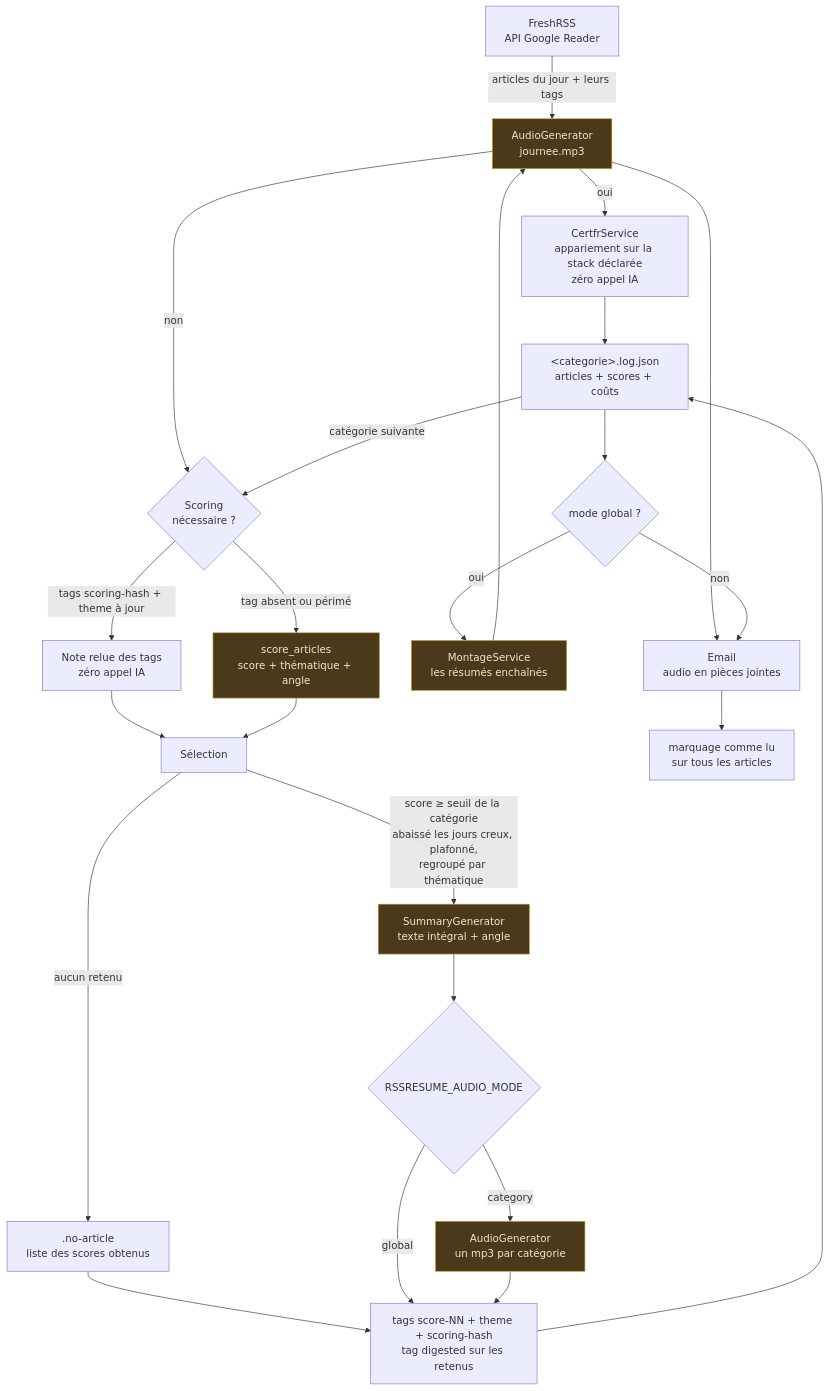
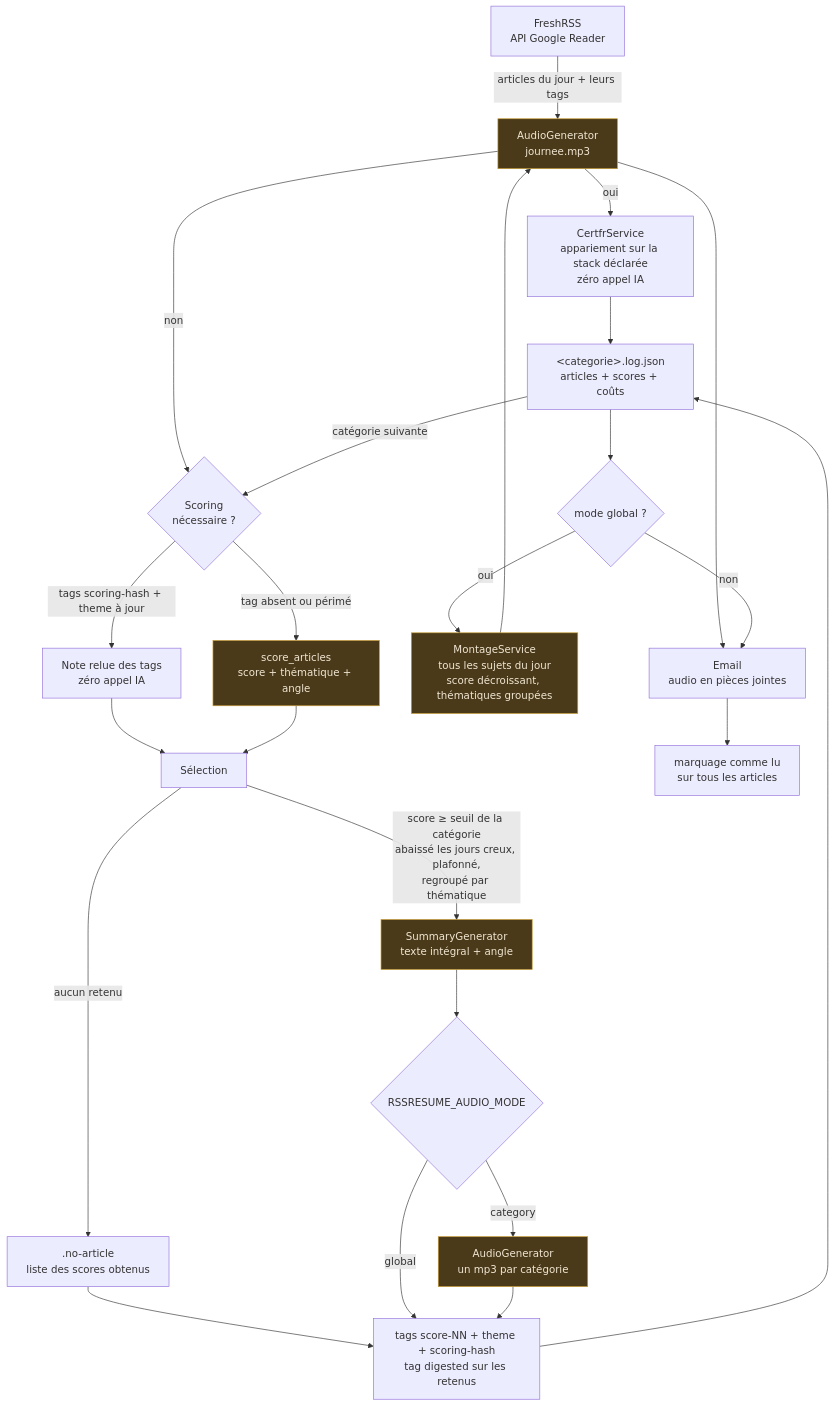
The first of 2 diagrams in FONCTIONNEMENT.md (odrix/RSSResume), drawn with Mermaid before and after one commit. The commit also changed other lines of this file and 12 other files, not shown here.

````diff
--- a/FONCTIONNEMENT.md
+++ b/FONCTIONNEMENT.md
@@ -8,36 +8,36 @@
 ```mermaid
 flowchart TD
     A[FreshRSS<br/>API Google Reader] -->|articles du jour + leurs tags| R{Catégorie routée ?<br/>RSSRESUME_CERTFR_CATEGORIES}
 
     R -->|oui| S["CertfrService<br/>appariement sur la stack déclarée<br/>zéro appel IA"]
     S --> J
     R -->|non| B{Scoring<br/>nécessaire ?}
 
     B -->|tags scoring-hash + theme à jour| C[Note relue des tags<br/>zéro appel IA]
     B -->|tag absent ou périmé| D[score_articles<br/>score + thématique + angle]
 
     C --> E[Sélection]
     D --> E
 
     E -->|score ≥ seuil de la catégorie<br/>abaissé les jours creux, plafonné,<br/>regroupé par thématique| F[SummaryGenerator<br/>texte intégral + angle]
     E -->|aucun retenu| N[".no-article<br/>liste des scores obtenus"]
     N --> T
     F --> M{RSSRESUME_AUDIO_MODE}
     M -->|category| G[AudioGenerator<br/>un mp3 par catégorie]
     M -->|global| T
     G --> T[tags score-NN + theme + scoring-hash<br/>tag digested sur les retenus]
     T --> J["&lt;categorie&gt;.log.json<br/>articles + scores + coûts"]
     J -->|catégorie suivante| B
     J --> P{mode global ?}
-    P -->|oui| Q[MontageService<br/>les résumés enchaînés]
+    P -->|oui| Q[MontageService<br/>tous les sujets du jour<br/>score décroissant, thématiques groupées]
     Q --> R[AudioGenerator<br/>journee.mp3]
     R --> H
     P -->|non| H[Email<br/>audio en pièces jointes]
     H --> L[marquage comme lu<br/>sur tous les articles]
 
     style D fill:#4a3a1a,stroke:#c99a2e,color:#f0e6d2
     style F fill:#4a3a1a,stroke:#c99a2e,color:#f0e6d2
     style G fill:#4a3a1a,stroke:#c99a2e,color:#f0e6d2
     style Q fill:#4a3a1a,stroke:#c99a2e,color:#f0e6d2
     style R fill:#4a3a1a,stroke:#c99a2e,color:#f0e6d2
 ```
````
